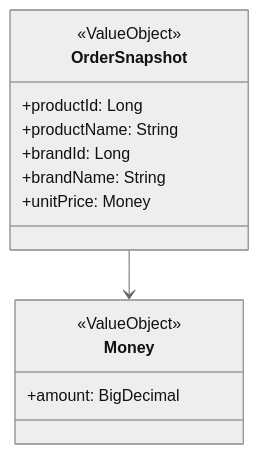
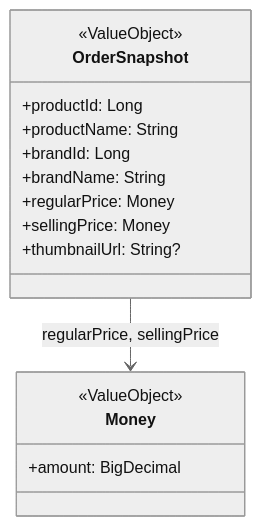
Diagram 19 of 19 in docs/design/02-class-diagram.md (Loopers-dev-lab/loop-pack-be-l2-vol3-kotlin), drawn with Mermaid (neutral theme) before and after one commit. The commit also changed other lines of this file and 1 other file, not shown here.

First line of the commit message:
docs: 클래스 다이어그램, 시퀀스 다이어그램 구현 반영

````diff
--- a/docs/design/02-class-diagram.md
+++ b/docs/design/02-class-diagram.md
@@ -850,18 +862,20 @@
 ```mermaid
 classDiagram
     class OrderSnapshot {
         <<ValueObject>>
         +productId: Long
         +productName: String
         +brandId: Long
         +brandName: String
-        +unitPrice: Money
+        +regularPrice: Money
+        +sellingPrice: Money
+        +thumbnailUrl: String?
     }
 
     class Money {
         <<ValueObject>>
         +amount: BigDecimal
     }
 
-    OrderSnapshot --> Money
+    OrderSnapshot --> Money: regularPrice, sellingPrice
 ```
````
